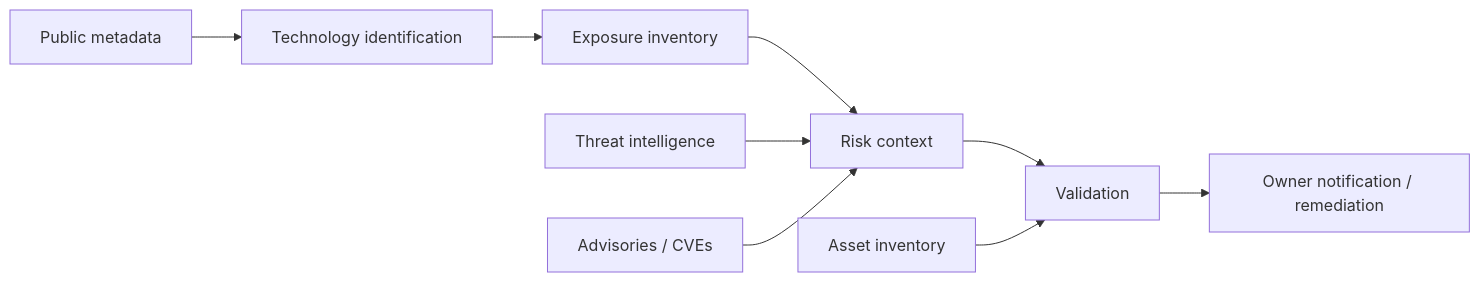
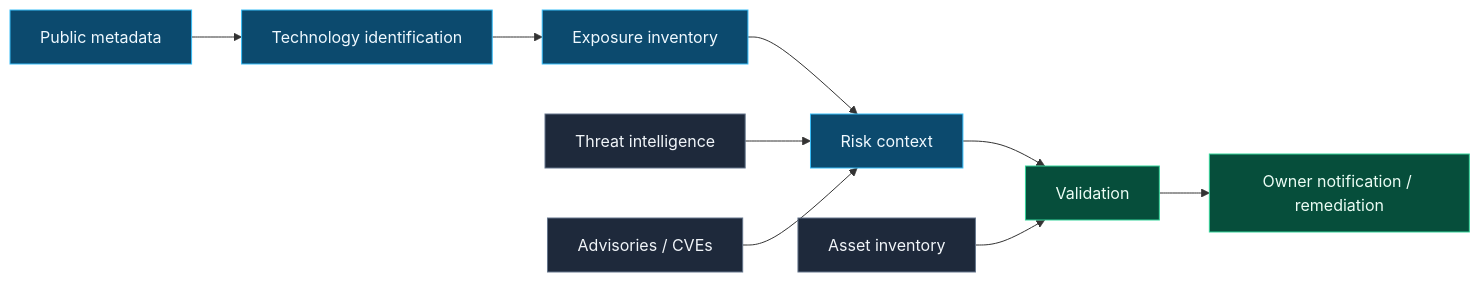
Before and after one commit to Ridd1kulusC0d3r/OSINTAI: the diagram in docs/ai-infrastructure-osint.md, drawn with Mermaid. The commit also changed other lines of this file and 41 other files, not shown here.

````diff
--- a/docs/ai-infrastructure-osint.md
+++ b/docs/ai-infrastructure-osint.md
@@ -27,11 +33,19 @@
 ```mermaid
 flowchart LR
     A[Public metadata] --> B[Technology identification]
     B --> C[Exposure inventory]
     C --> D[Risk context]
     D --> E[Validation]
     E --> F[Owner notification / remediation]
     G[Threat intelligence] --> D
     H[Advisories / CVEs] --> D
     I[Asset inventory] --> E
+    classDef ev fill:#0c4a6e,stroke:#38bdf8,color:#f0f9ff
+    classDef mdl fill:#2e1065,stroke:#a78bfa,color:#f5f3ff
+    classDef gate fill:#064e3b,stroke:#34d399,color:#ecfdf5
+    classDef ctl fill:#422006,stroke:#fbbf24,color:#fffbeb
+    classDef ext fill:#1e293b,stroke:#64748b,color:#f1f5f9
+    class A,B,C,D ev
+    class E,F gate
+    class G,H,I ext
 ```
````
